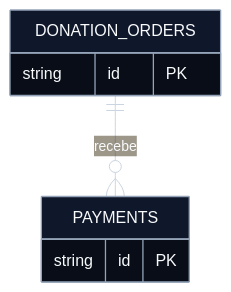
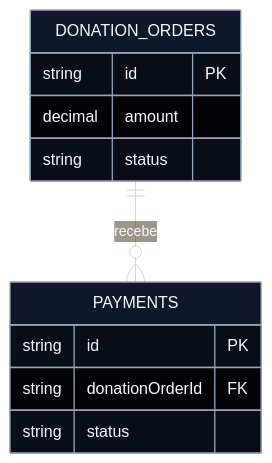
One commit to nicosikmoraes/motor-calculo-icms changed the fourth of 4 diagrams in docs/architecture.md. Above: the diagram before and after it, drawn with Mermaid. The commit also changed other lines of this file and 5 other files, not shown here.

````diff
--- a/docs/architecture.md
+++ b/docs/architecture.md
@@ -308,28 +341,32 @@
 ```mermaid
 ---
 config:
   theme: base
   themeVariables:
     darkMode: true
     background: "#0b1220"
     primaryColor: "#0f172a"
     primaryTextColor: "#f8fafc"
     primaryBorderColor: "#94a3b8"
     lineColor: "#cbd5e1"
     textColor: "#f8fafc"
   er:
     theme: base
     fill: "#0f172a"
     stroke: "#94a3b8"
     fontSize: 16
 ---
 erDiagram
     DONATION_ORDERS ||--o{ PAYMENTS : recebe
 
     DONATION_ORDERS {
         string id PK
+        decimal amount
+        string status
     }
     PAYMENTS {
         string id PK
+        string donationOrderId FK
+        string status
     }
 ```
````
